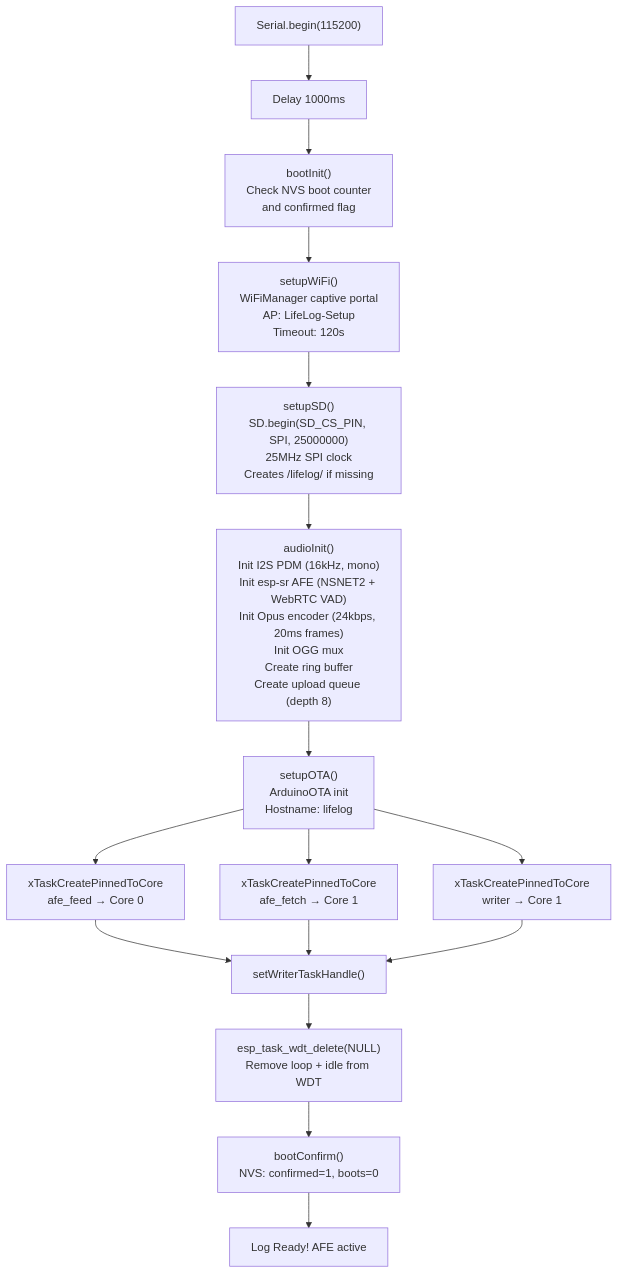
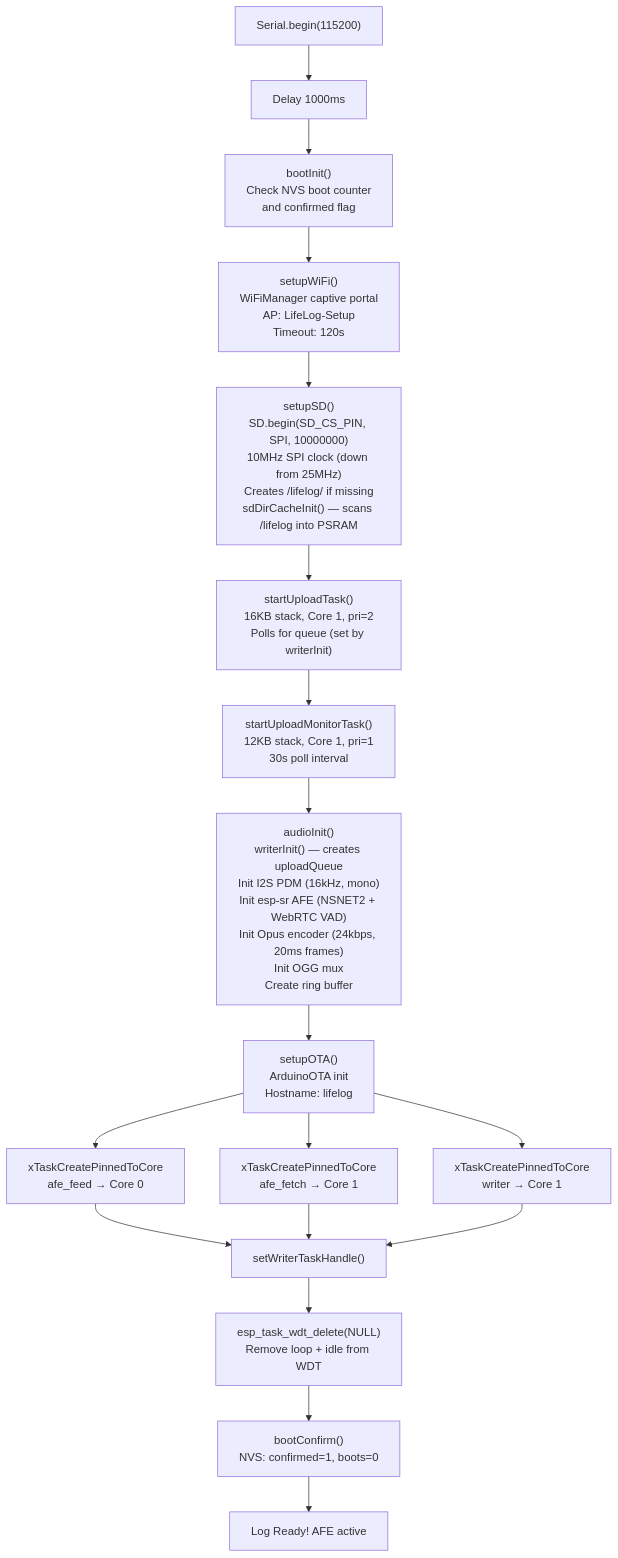
Before and after one commit to dlgreenwald/lifelog: the fifth of 6 diagrams in firmware-ota/ARCHITECTURE.md, drawn with Mermaid. The commit also changed other lines of this file and 17 other files, not shown here.

First line of the commit message:
feat(firmware): AGC 45dB ceiling + 20dB seed, async upload task, Opus stream reinit, OAuth retry, token sanity (#116)

````diff
--- a/firmware-ota/ARCHITECTURE.md
+++ b/firmware-ota/ARCHITECTURE.md
@@ -240,18 +263,20 @@
 ```mermaid
 flowchart TB
     A["Serial.begin(115200)"] --> B["Delay 1000ms"]
     B --> C["bootInit()<br/>Check NVS boot counter<br/>and confirmed flag"]
     C --> D["setupWiFi()<br/>WiFiManager captive portal<br/>AP: LifeLog-Setup<br/>Timeout: 120s"]
-    D --> E["setupSD()<br/>SD.begin(SD_CS_PIN, SPI, 25000000)<br/>25MHz SPI clock<br/>Creates /lifelog/ if missing"]
-    E --> F["audioInit()<br/>Init I2S PDM (16kHz, mono)<br/>Init esp-sr AFE (NSNET2 + WebRTC VAD)<br/>Init Opus encoder (24kbps, 20ms frames)<br/>Init OGG mux<br/>Create ring buffer<br/>Create upload queue (depth 8)"]
+    D --> E["setupSD()<br/>SD.begin(SD_CS_PIN, SPI, 10000000)<br/>10MHz SPI clock (down from 25MHz)<br/>Creates /lifelog/ if missing<br/>sdDirCacheInit() — scans /lifelog into PSRAM"]
+    E --> EA["startUploadTask()<br/>16KB stack, Core 1, pri=2<br/>Polls for queue (set by writerInit)"]
+    EA --> EB["startUploadMonitorTask()<br/>12KB stack, Core 1, pri=1<br/>30s poll interval"]
+    EB --> F["audioInit()<br/>writerInit() — creates uploadQueue<br/>Init I2S PDM (16kHz, mono)<br/>Init esp-sr AFE (NSNET2 + WebRTC VAD)<br/>Init Opus encoder (24kbps, 20ms frames)<br/>Init OGG mux<br/>Create ring buffer"]
     F --> G["setupOTA()<br/>ArduinoOTA init<br/>Hostname: lifelog"]
     G --> H["xTaskCreatePinnedToCore<br/>afe_feed → Core 0"]
     G --> I["xTaskCreatePinnedToCore<br/>afe_fetch → Core 1"]
     G --> J["xTaskCreatePinnedToCore<br/>writer → Core 1"]
     H --> K["setWriterTaskHandle()"]
     I --> K
     J --> K
     K --> L["esp_task_wdt_delete(NULL)<br/>Remove loop + idle from WDT"]
     L --> M["bootConfirm()<br/>NVS: confirmed=1, boots=0"]
     M --> N["Log Ready! AFE active"]
 ```
````
